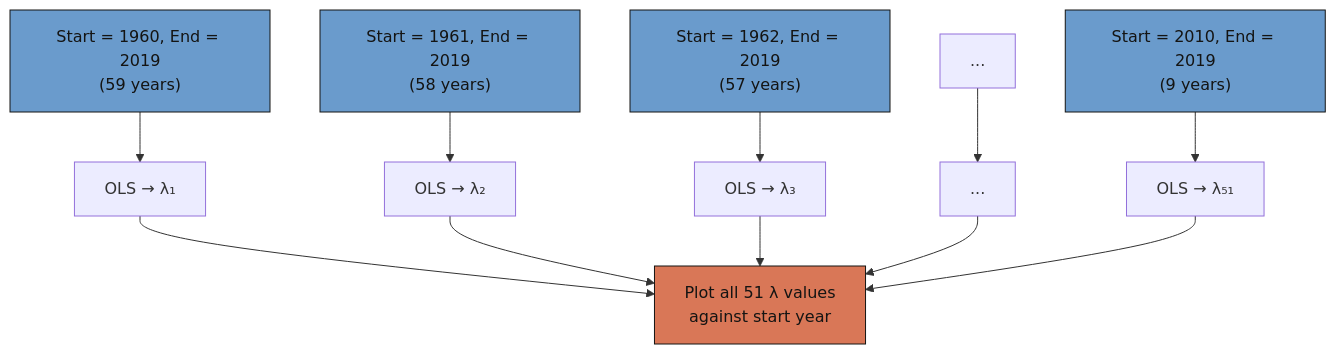
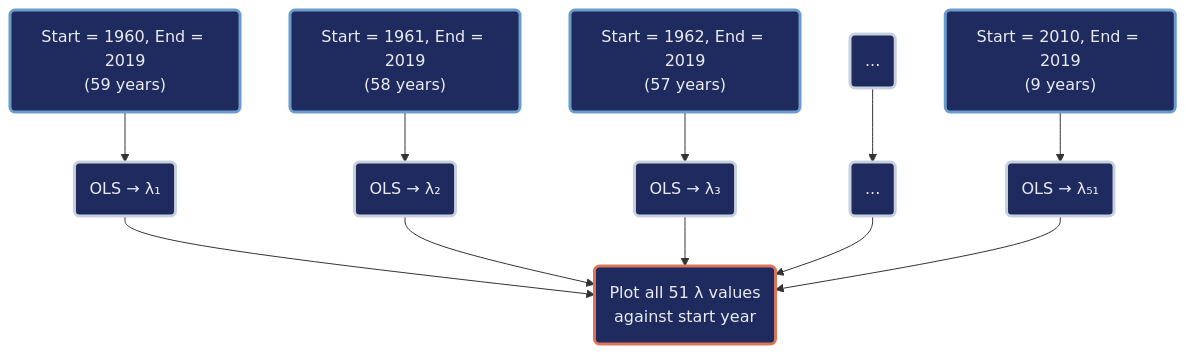
One commit to cmg777/starter-academic-v501 changed the second of 2 diagrams in content/post/stata_convergence/index.md. Above: the diagram before and after it, drawn with Mermaid. The commit also changed other lines of this file and 13 other files, not shown here.

First line of the commit message:
content(mermaid): restyle flowcharts in Stata posts, batch 1 of 2

````diff
--- a/content/post/stata_convergence/index.md
+++ b/content/post/stata_convergence/index.md
@@ -623,20 +621,20 @@
 ```mermaid
 graph TD
-    A["Start = 1960, End = 2019<br/>(59 years)"] --> R1["OLS → λ₁"]
-    B["Start = 1961, End = 2019<br/>(58 years)"] --> R2["OLS → λ₂"]
-    C["Start = 1962, End = 2019<br/>(57 years)"] --> R3["OLS → λ₃"]
-    D["..."] --> R4["..."]
-    E["Start = 2010, End = 2019<br/>(9 years)"] --> R5["OLS → λ₅₁"]
+    A("Start = 1960, End = 2019<br/>(59 years)") --> R1("OLS → λ₁")
+    B("Start = 1961, End = 2019<br/>(58 years)") --> R2("OLS → λ₂")
+    C("Start = 1962, End = 2019<br/>(57 years)") --> R3("OLS → λ₃")
+    D("...") --> R4("...")
+    E("Start = 2010, End = 2019<br/>(9 years)") --> R5("OLS → λ₅₁")
 
-    R1 --> P["Plot all 51 λ values<br/>against start year"]
+    R1 --> P("Plot all 51 λ values<br/>against start year")
     R2 --> P
     R3 --> P
     R4 --> P
     R5 --> P
-
-    style A fill:#6a9bcc,stroke:#141413,color:#141413
-    style B fill:#6a9bcc,stroke:#141413,color:#141413
-    style C fill:#6a9bcc,stroke:#141413,color:#141413
-    style E fill:#6a9bcc,stroke:#141413,color:#141413
-    style P fill:#d97757,stroke:#141413,color:#141413
+    classDef blue fill:#1f2b5e,stroke:#6a9bcc,stroke-width:3px,color:#e8ecf2
+    classDef gray fill:#1f2b5e,stroke:#c8d0e0,stroke-width:3px,color:#e8ecf2
+    classDef orange fill:#1f2b5e,stroke:#d97757,stroke-width:3px,color:#e8ecf2
+    class A,B,C,E blue
+    class R1,R2,R3,D,R4,R5 gray
+    class P orange
 ```
````
